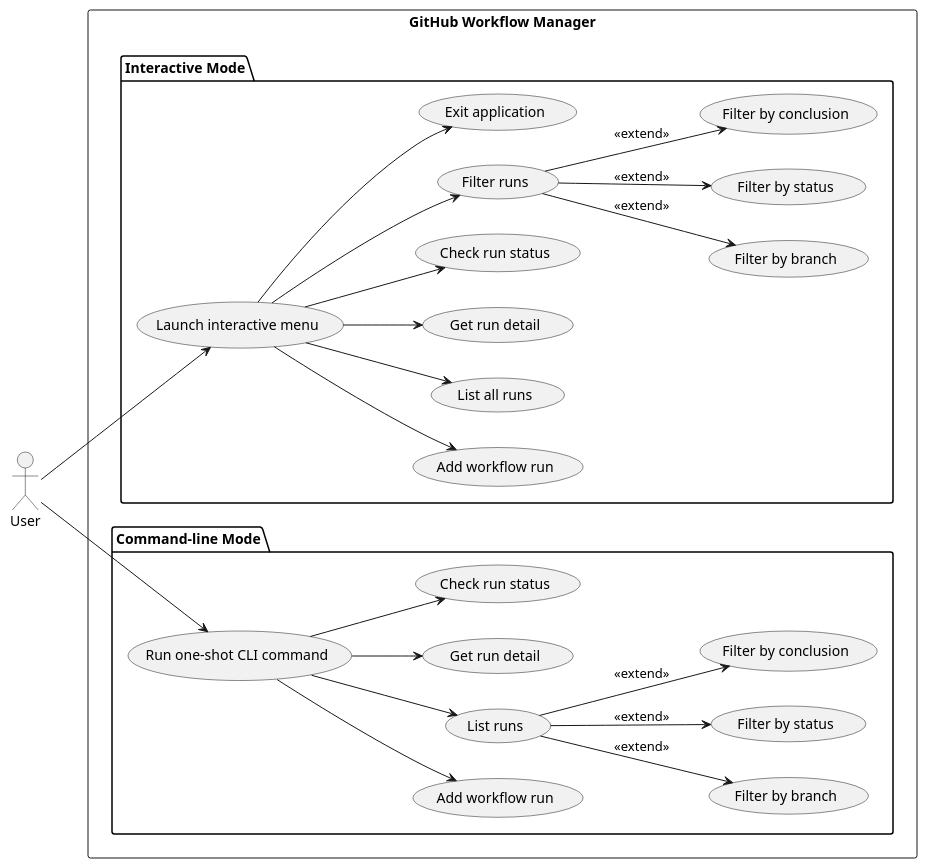
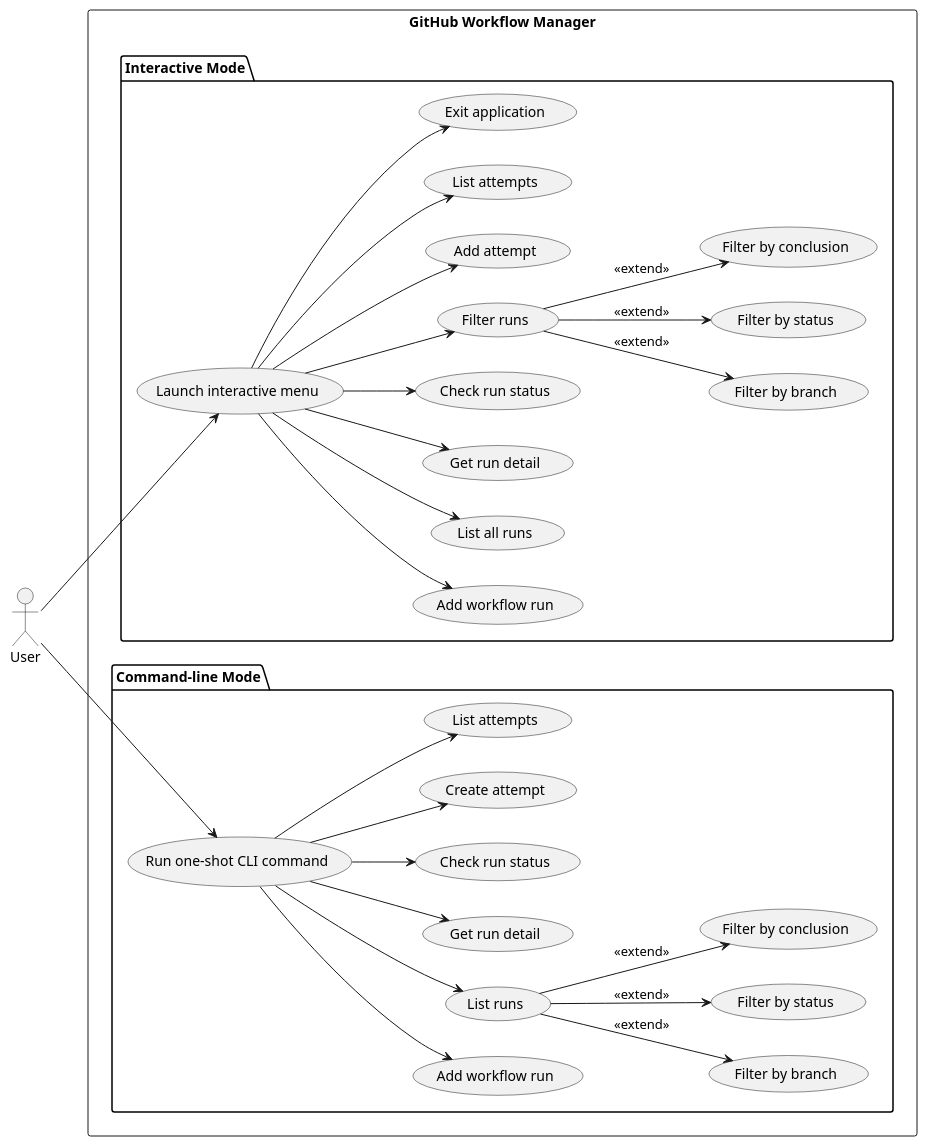
Before and after one commit to DanielRiha8906/Software_autoevolution_using_agents: the diagram in experiments/supervisor_as_tools/user_stories/github-workflow-manager/artifacts/use_case_diagram.puml, drawn with PlantUML. The commit also changed 10 other files, not shown here.

```diff
--- a/experiments/supervisor_as_tools/user_stories/github-workflow-manager/artifacts/use_case_diagram.puml
+++ b/experiments/supervisor_as_tools/user_stories/github-workflow-manager/artifacts/use_case_diagram.puml
@@ -1,57 +1,65 @@
 @startuml use_case_diagram
 
 left to right direction
 
 actor User
 
 rectangle "GitHub Workflow Manager" {
 
   package "Interactive Mode" {
     usecase "Launch interactive menu"  as UI
     usecase "Add workflow run"         as I_ADD
     usecase "List all runs"            as I_LIST
     usecase "Get run detail"           as I_DETAIL
     usecase "Check run status"         as I_STATUS
     usecase "Filter runs"              as I_FILTER
     usecase "Filter by branch"         as I_FBRANCH
     usecase "Filter by status"         as I_FSTATUS
     usecase "Filter by conclusion"     as I_FCONCL
+    usecase "Add attempt"              as I_AADD
+    usecase "List attempts"            as I_ALIST
     usecase "Exit application"         as I_EXIT
   }
 
   package "Command-line Mode" {
     usecase "Run one-shot CLI command" as CLI
     usecase "Add workflow run"         as C_ADD
     usecase "List runs"                as C_LIST
     usecase "Filter by branch"         as C_FBRANCH
     usecase "Filter by status"         as C_FSTATUS
     usecase "Filter by conclusion"     as C_FCONCL
     usecase "Get run detail"           as C_DETAIL
     usecase "Check run status"         as C_STATUS
+    usecase "Create attempt"           as C_AADD
+    usecase "List attempts"            as C_ALIST
   }
 }
 
 User --> UI
 User --> CLI
 
 UI --> I_ADD
 UI --> I_LIST
 UI --> I_DETAIL
 UI --> I_STATUS
 UI --> I_FILTER
+UI --> I_AADD
+UI --> I_ALIST
 UI --> I_EXIT
 
 I_FILTER --> I_FBRANCH  : <<extend>>
 I_FILTER --> I_FSTATUS  : <<extend>>
 I_FILTER --> I_FCONCL   : <<extend>>
 
 CLI --> C_ADD
 CLI --> C_LIST
 CLI --> C_DETAIL
 CLI --> C_STATUS
+CLI --> C_AADD
+CLI --> C_ALIST
 
 C_LIST --> C_FBRANCH  : <<extend>>
 C_LIST --> C_FSTATUS  : <<extend>>
 C_LIST --> C_FCONCL   : <<extend>>
 
 @enduml
```
